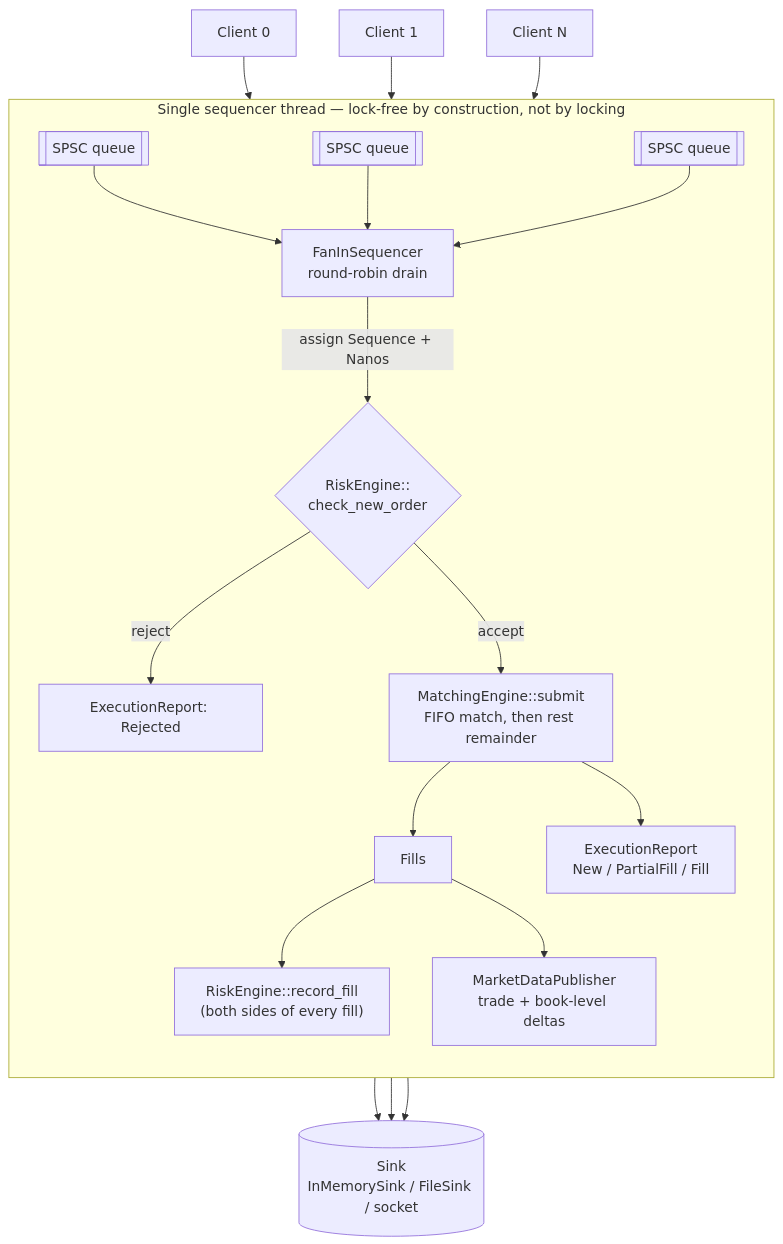
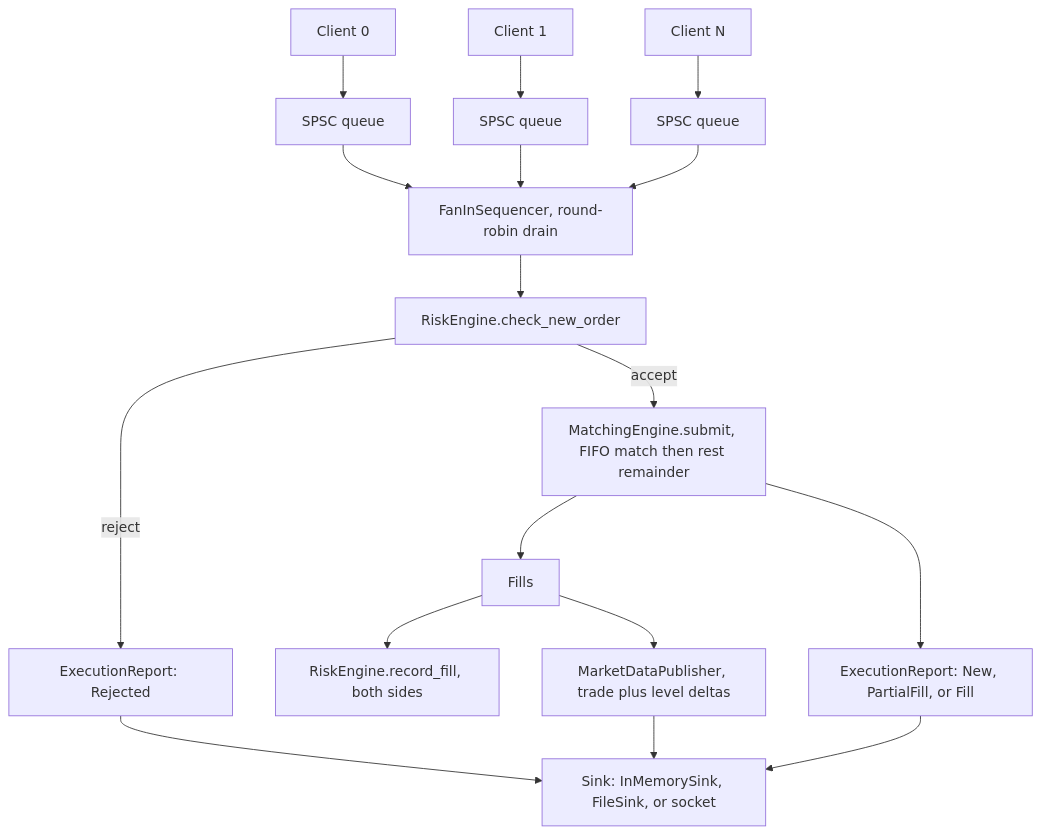
Before and after one commit to sfeirc/Low-latency-exchange-simulator: the diagram in README.md, drawn with Mermaid.

````diff
--- a/README.md
+++ b/README.md
@@ -41,22 +41,19 @@
 ```mermaid
 flowchart TD
-    C0["Client 0"] --> Q0[["SPSC queue"]]
-    C1["Client 1"] --> Q1[["SPSC queue"]]
-    CN["Client N"] --> QN[["SPSC queue"]]
-
-    subgraph ST["Single sequencer thread — lock-free by construction, not by locking"]
-        direction TB
-        Q0 & Q1 & QN --> SEQ["FanInSequencer<br/>round-robin drain"]
-        SEQ -->|"assign Sequence + Nanos"| RISK{"RiskEngine::<br/>check_new_order"}
-        RISK -->|reject| REJ["ExecutionReport: Rejected"]
-        RISK -->|accept| MATCH["MatchingEngine::submit<br/>FIFO match, then rest remainder"]
-        MATCH --> FILLS["Fills"]
-        FILLS --> RECORD["RiskEngine::record_fill<br/>(both sides of every fill)"]
-        FILLS --> MD["MarketDataPublisher<br/>trade + book-level deltas"]
-        MATCH --> EXR["ExecutionReport<br/>New / PartialFill / Fill"]
-    end
-
-    MD --> SINK[("Sink<br/>InMemorySink / FileSink / socket")]
+    C0["Client 0"] --> Q0["SPSC queue"]
+    C1["Client 1"] --> Q1["SPSC queue"]
+    CN["Client N"] --> QN["SPSC queue"]
+    Q0 --> SEQ["FanInSequencer, round-robin drain"]
+    Q1 --> SEQ
+    QN --> SEQ
+    SEQ --> RISK["RiskEngine.check_new_order"]
+    RISK -->|reject| REJ["ExecutionReport: Rejected"]
+    RISK -->|accept| MATCH["MatchingEngine.submit, FIFO match then rest remainder"]
+    MATCH --> FILLS["Fills"]
+    FILLS --> RECORD["RiskEngine.record_fill, both sides"]
+    FILLS --> MD["MarketDataPublisher, trade plus level deltas"]
+    MATCH --> EXR["ExecutionReport: New, PartialFill, or Fill"]
+    MD --> SINK["Sink: InMemorySink, FileSink, or socket"]
     REJ --> SINK
     EXR --> SINK
 ```
````
